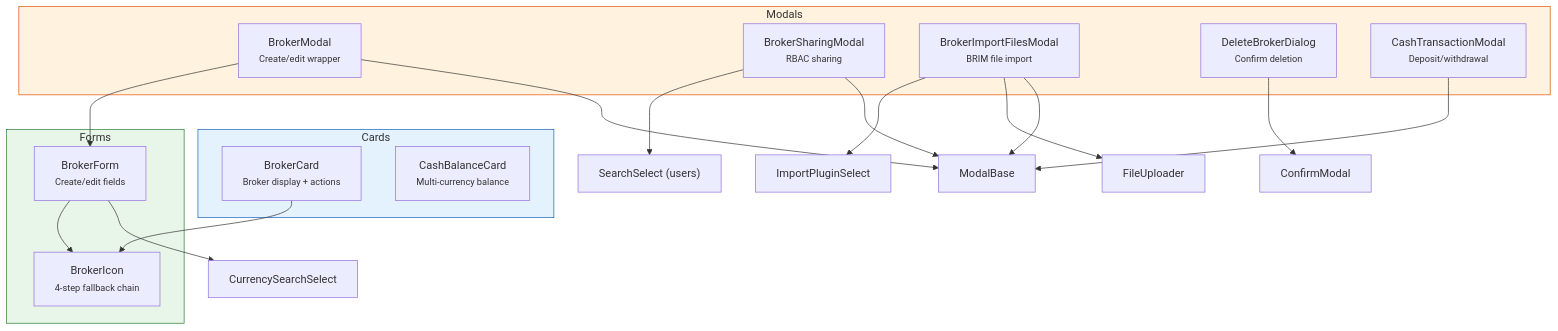
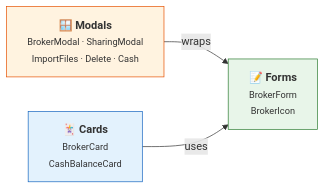
Before and after one commit to Librefolio/LibreFolio: the diagram in mkdocs_src/docs/developer/frontend/components/brokers/index.md, drawn with Mermaid. The commit also changed other lines of this file and 16 other files, not shown here.

First line of the commit message:
docs: fix gallery settings bug, split UI Base & Broker diagrams, add Asset Search to plugin guides

````diff
--- a/mkdocs_src/docs/developer/frontend/components/brokers/index.md
+++ b/mkdocs_src/docs/developer/frontend/components/brokers/index.md
@@ -7,37 +7,13 @@
 ```mermaid
-graph TD
-    subgraph Cards
-        BC["BrokerCard<br/><small>Broker display + actions</small>"]
-        CBC["CashBalanceCard<br/><small>Multi-currency balance</small>"]
-    end
+graph LR
+    Cards["🃏 <b>Cards</b><br/><small>BrokerCard<br/>CashBalanceCard</small>"]
+    Forms["📝 <b>Forms</b><br/><small>BrokerForm<br/>BrokerIcon</small>"]
+    Modals["🪟 <b>Modals</b><br/><small>BrokerModal · SharingModal<br/>ImportFiles · Delete · Cash</small>"]
 
-    subgraph Forms
-        BF["BrokerForm<br/><small>Create/edit fields</small>"]
-        BI["BrokerIcon<br/><small>4-step fallback chain</small>"]
-    end
-
-    subgraph Modals
-        BM["BrokerModal<br/><small>Create/edit wrapper</small>"]
-        BSM["BrokerSharingModal<br/><small>RBAC sharing</small>"]
-        BIM["BrokerImportFilesModal<br/><small>BRIM file import</small>"]
-        DBD["DeleteBrokerDialog<br/><small>Confirm deletion</small>"]
-        CTM["CashTransactionModal<br/><small>Deposit/withdrawal</small>"]
-    end
-
-    BM --> BF
-    BF --> BI
-    BF --> CSS["CurrencySearchSelect"]
-    BC --> BI
-    BSM --> SrS["SearchSelect (users)"]
-    BIM --> IPS["ImportPluginSelect"]
-    BIM --> FU["FileUploader"]
-    DBD --> CM["ConfirmModal"]
-    BM --> MB["ModalBase"]
-    BSM --> MB
-    BIM --> MB
-    CTM --> MB
+    Modals -->|wraps| Forms
+    Cards -->|uses| Forms
 
     style Cards fill:#e3f2fd,stroke:#1565c0
     style Forms fill:#e8f5e9,stroke:#2e7d32
     style Modals fill:#fff3e0,stroke:#e65100
 ```
````
